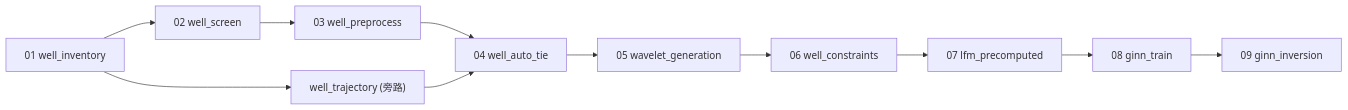
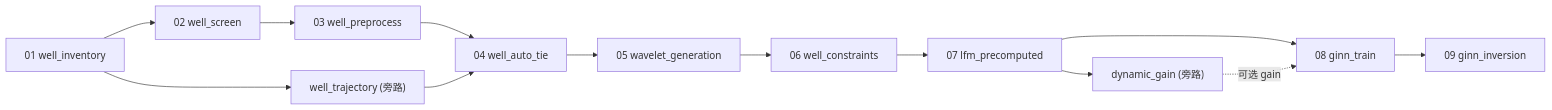
Before and after one commit to oimero/inversion_workflow: the diagram in docs/concepts/time-domain-workflow.md, drawn with Mermaid. The commit also changed other lines of this file and 4 other files, not shown here.

Commit message:
dynamic gain

````diff
--- a/docs/concepts/time-domain-workflow.md
+++ b/docs/concepts/time-domain-workflow.md
@@ -29,13 +30,15 @@
 ```mermaid
 flowchart LR
   A["01 well_inventory"] --> B["02 well_screen"]
   B --> C["03 well_preprocess"]
   C --> D["04 well_auto_tie"]
   D --> E["05 wavelet_generation"]
   E --> F["06 well_constraints"]
   F --> G["07 lfm_precomputed"]
   G --> H["08 ginn_train"]
   H --> I["09 ginn_inversion"]
   A --> T["well_trajectory (旁路)"]
   T --> D
+  G --> DG["dynamic_gain (旁路)"]
+  DG -. "可选 gain" .-> H
 ```
````
